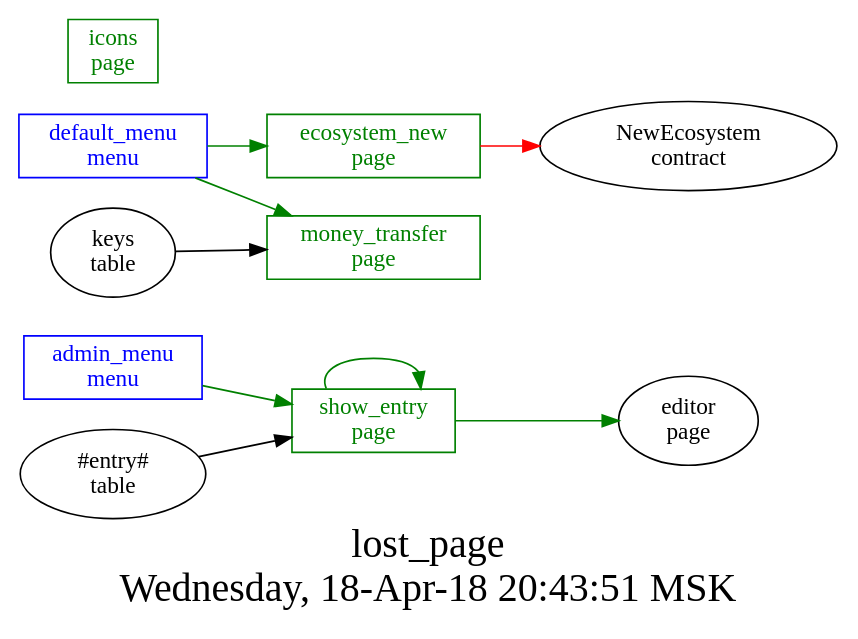
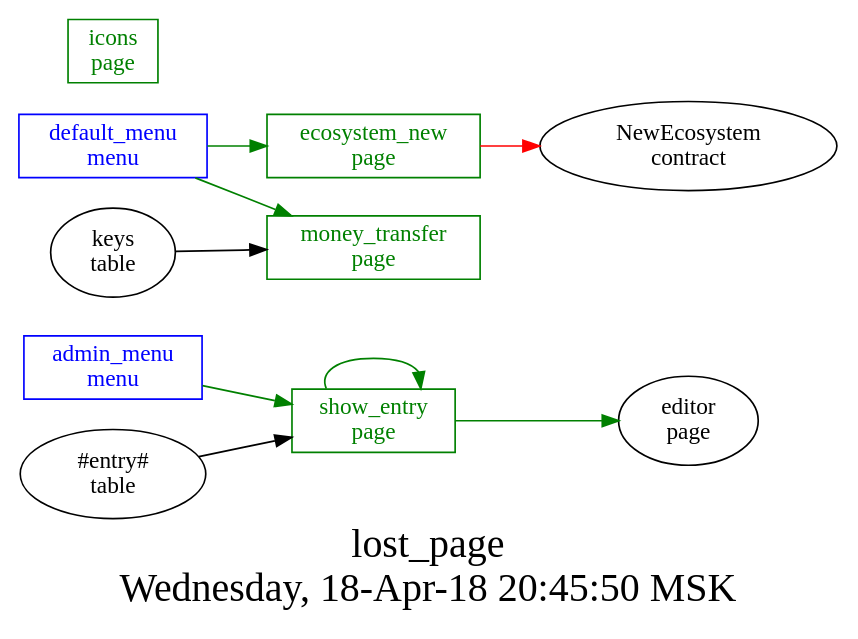
One commit to AplaProject/apps changed the diagram in src/lost_pages/struct.dot. Above: the diagram before and after it, drawn with Graphviz. The commit also changed 2 other files, not shown here.

```diff
--- a/src/lost_pages/struct.dot
+++ b/src/lost_pages/struct.dot
@@ -1,24 +1,24 @@
 digraph G {
 graph [
   fontsize="24";
-  label="lost_page\nWednesday, 18-Apr-18 20:43:51 MSK";
+  label="lost_page\nWednesday, 18-Apr-18 20:45:50 MSK";
   nojustify=true;
   ordering=out;
   rankdir=LR;
   size="30";
 ];
 "admin_menu\nmenu" -> "show_entry\npage"  [ color=green ]
 "admin_menu\nmenu" [color=blue, fontcolor=blue, group=menus, shape=record];
 "default_menu\nmenu" -> "ecosystem_new\npage"  [ color=green ]
 "default_menu\nmenu" -> "money_transfer\npage"  [ color=green ]
 "default_menu\nmenu" [color=blue, fontcolor=blue, group=menus, shape=record];
 "ecosystem_new\npage" -> "NewEcosystem\ncontract"  [ color=red ]
 "ecosystem_new\npage" [color=green, fontcolor=green, group=pages, shape=record];
 "icons\npage" [color=green, fontcolor=green, group=pages, shape=record];
 "keys\ntable" -> "money_transfer\npage"  [ color="" ]
 "money_transfer\npage" [color=green, fontcolor=green, group=pages, shape=record];
 "#entry#\ntable" -> "show_entry\npage"  [ color="" ]
 "show_entry\npage" -> "show_entry\npage"  [ color=green ]
 "show_entry\npage" -> "editor\npage"  [ color=green ]
 "show_entry\npage" [color=green, fontcolor=green, group=pages, shape=record];
 }
```
